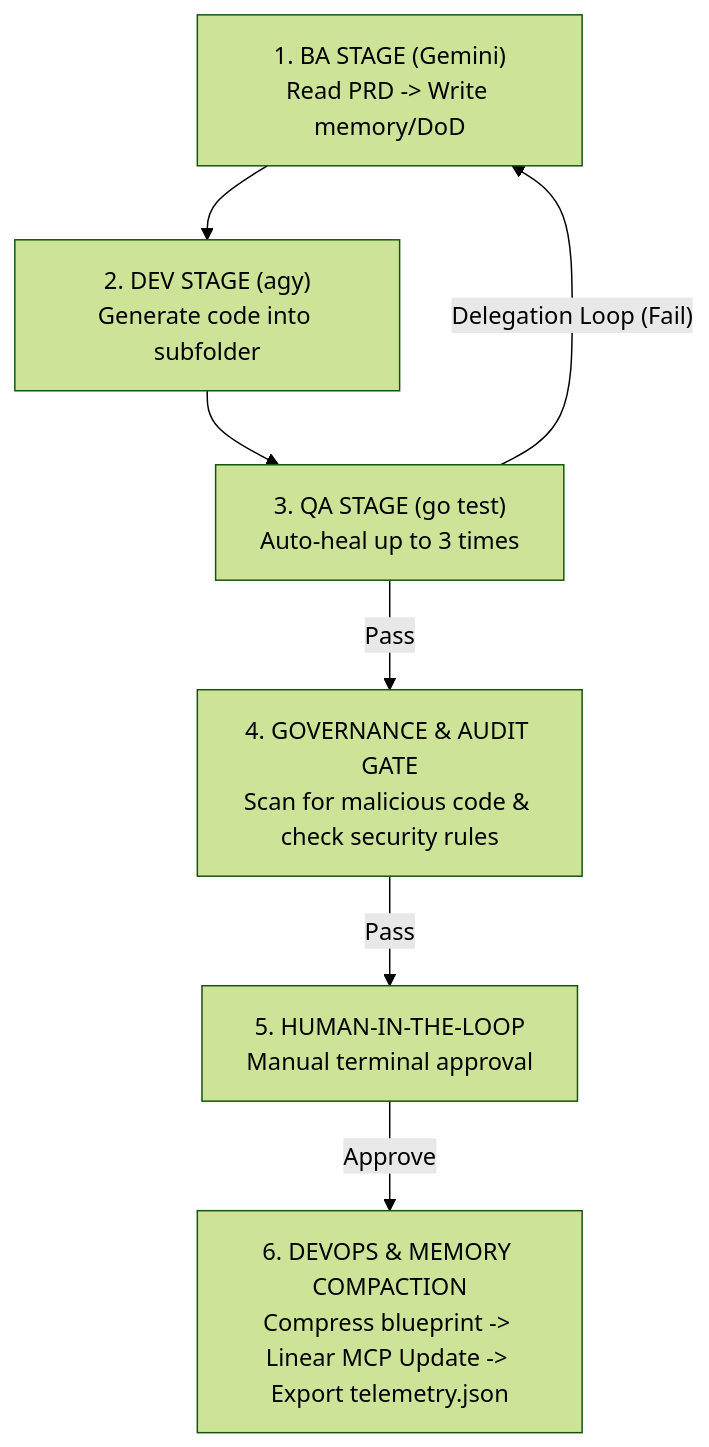
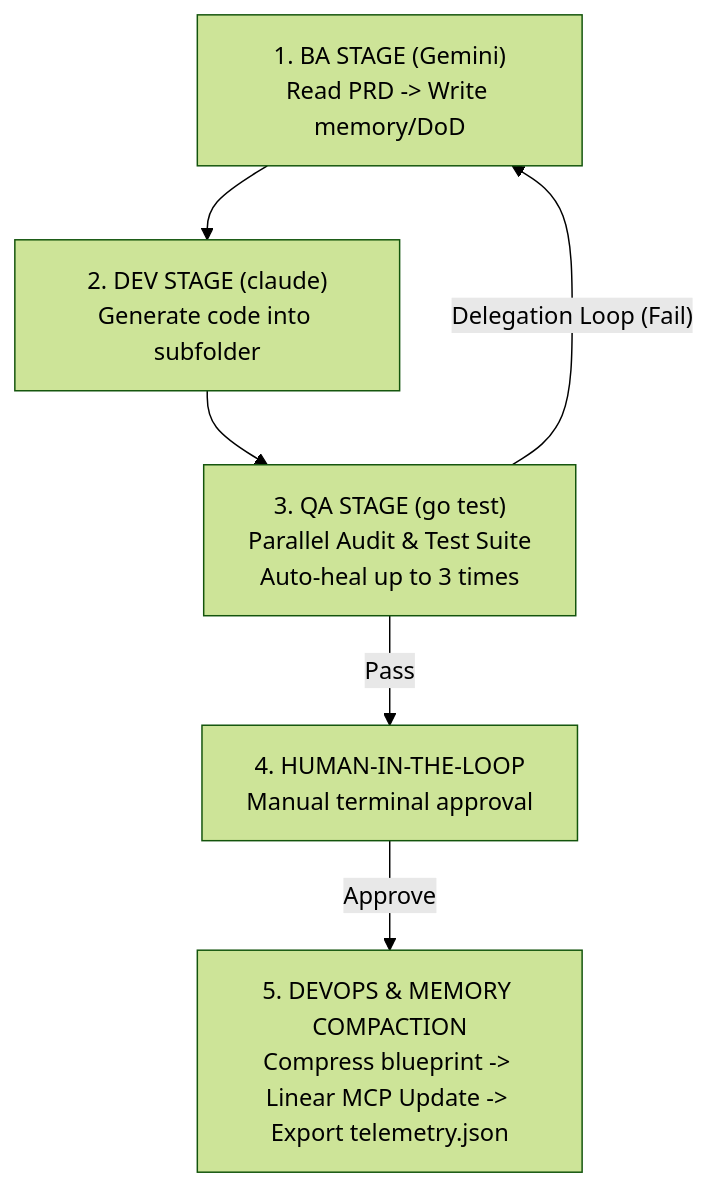
One commit to dothanhlam/harness-engineering changed the diagram in README.md. Above: the diagram before and after it, drawn with Mermaid (forest theme). The commit also changed other lines of this file and 22 other files, not shown here.

````diff
--- a/README.md
+++ b/README.md
@@ -11,16 +11,14 @@
 ```mermaid
 flowchart TD
     BA["1. BA STAGE (Gemini)<br>Read PRD -> Write memory/DoD"]
-    DEV["2. DEV STAGE (agy)<br>Generate code into subfolder"]
-    QA["3. QA STAGE (go test)<br>Auto-heal up to 3 times"]
-    AUDIT["4. GOVERNANCE & AUDIT GATE<br>Scan for malicious code & check security rules"]
-    HITL["5. HUMAN-IN-THE-LOOP<br>Manual terminal approval"]
-    DEVOPS["6. DEVOPS & MEMORY COMPACTION<br>Compress blueprint -> Linear MCP Update -> Export telemetry.json"]
+    DEV["2. DEV STAGE (claude)<br>Generate code into subfolder"]
+    QA["3. QA STAGE (go test)<br>Parallel Audit & Test Suite<br>Auto-heal up to 3 times"]
+    HITL["4. HUMAN-IN-THE-LOOP<br>Manual terminal approval"]
+    DEVOPS["5. DEVOPS & MEMORY COMPACTION<br>Compress blueprint -> Linear MCP Update -> Export telemetry.json"]
 
     BA --> DEV
     DEV --> QA
     QA -- "Delegation Loop (Fail)" --> BA
-    QA -- "Pass" --> AUDIT
-    AUDIT -- "Pass" --> HITL
+    QA -- "Pass" --> HITL
     HITL -- "Approve" --> DEVOPS
 ```
````
